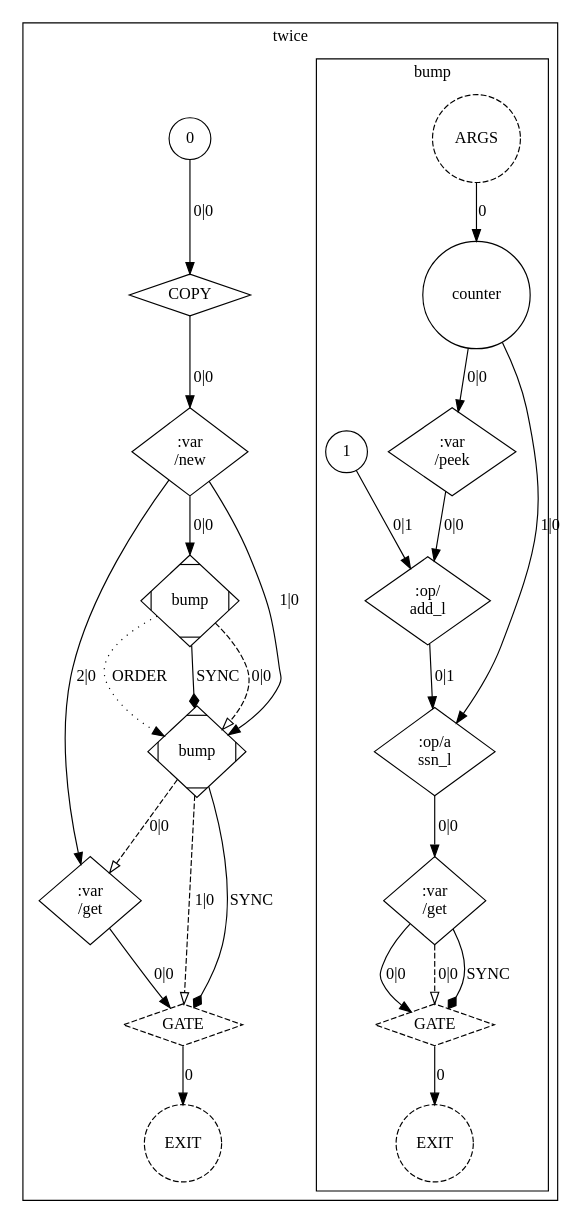
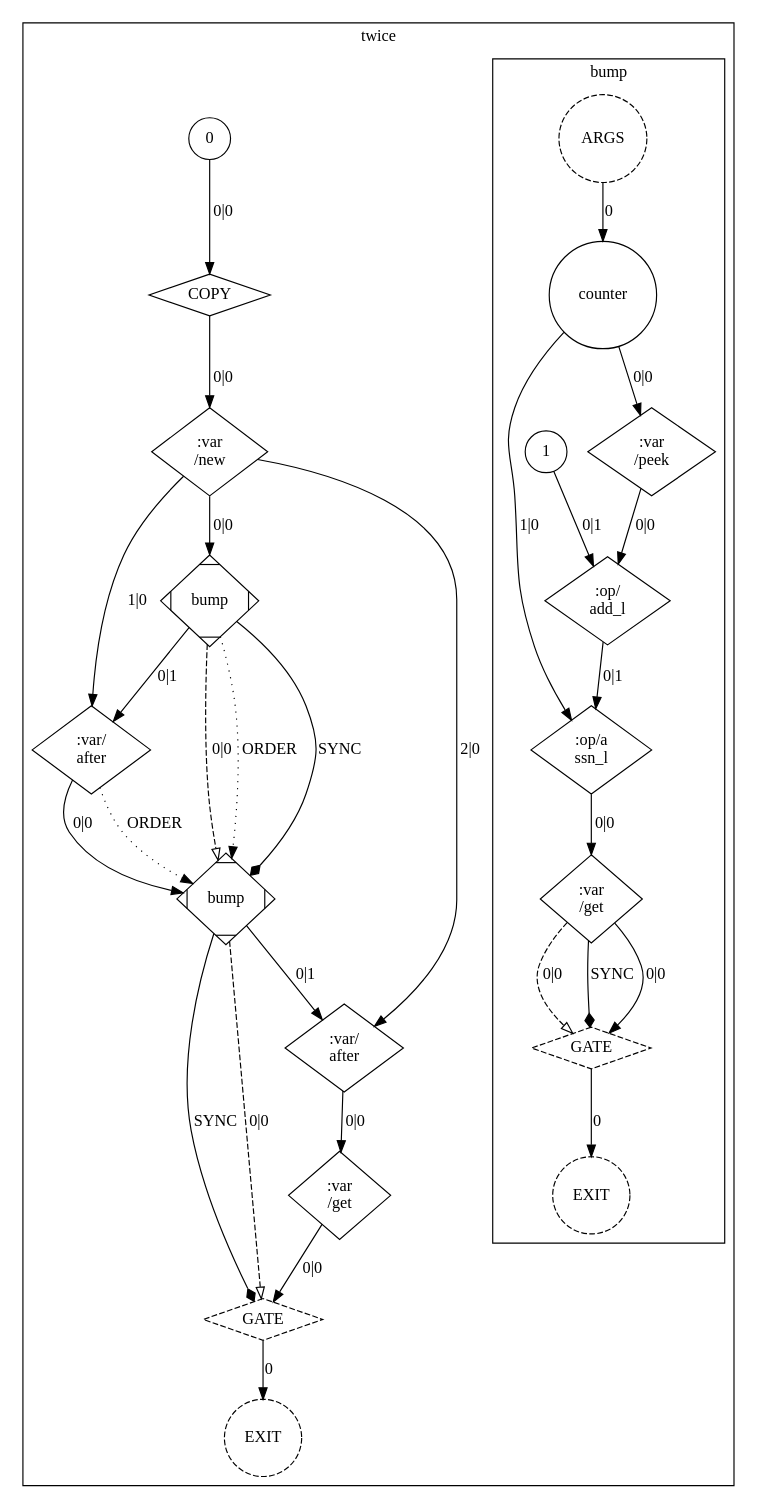
Before and after one commit to OpenCML/Camel: the diagram in docs/tutorial/images/10_var_order.dot, drawn with Graphviz. The commit also changed 1 other file, not shown here.

Commit message:
docs: regenerate the AI reference and draw the variable-order picture again

```diff
--- a/docs/tutorial/images/10_var_order.dot
+++ b/docs/tutorial/images/10_var_order.dot
@@ -1,51 +1,57 @@
 digraph GraphIR {
         subgraph cluster_F02 {
             label="twice";
             tooltip="() => int pure";
             subgraph cluster_F03 {
                 label="bump";
                 tooltip="(var counter: int) => int uses counter";
                 F03 [label="ARGS", type="ARGS", style=dashed, shape=circle];
                 O03 [label="EXIT", type="EXIT", style=dashed, shape=circle];
                 N00 [label="counter", type="PORT", param_name="counter", param_kind="normal", param_index="0", value_type="var int", shape=circle, style=solid, tooltip="counter"];
                 N01 [label="1", type="DATA", shape=circle, style=solid, value_type="int", tooltip="1"];
                 N02 [label=":op/\nadd_l", type="OPER", shape=diamond, style=solid, value_type="int", tooltip=":op/add_l"];
                 N03 [label=":var\n/peek", type="OPER", shape=diamond, style=solid, value_type="int", tooltip=":var/peek"];
                 N04 [label=":op/a\nssn_l", type="OPER", shape=diamond, style=solid, value_type="var int", tooltip=":op/assn_l"];
                 N05 [label=":var\n/get", type="OPER", shape=diamond, style=solid, value_type="int", tooltip=":var/get"];
                 N06 [label="GATE", type="GATE", shape=diamond, style=dashed, value_type="int", tooltip="GATE"];
                 F03 -> N00 [label="0", type="NORM_PORT", style=solid];
                 N06 -> O03 [label="0", type="EXIT", style=solid];
                 N03 -> N02 [label="0|0", type="NORM"];
                 N01 -> N02 [label="0|1", type="NORM"];
                 N00 -> N03 [label="0|0", type="NORM"];
                 N00 -> N04 [label="1|0", type="NORM"];
                 N02 -> N04 [label="0|1", type="NORM"];
                 N04 -> N05 [label="0|0", type="NORM"];
                 N05 -> N06 [label="0|0", type="NORM"];
                 N05 -> N06 [label="0|0", type="CTRL", style=dashed, arrowhead=empty];
                 N05 -> N06 [label="SYNC", type="SYNC", style=solid, arrowhead=diamond];
             }
             O02 [label="EXIT", type="EXIT", style=dashed, shape=circle];
             N07 [label="0", type="DATA", shape=circle, style=solid, value_type="int", tooltip="0"];
             N08 [label="COPY", type="COPY", shape=diamond, style=solid, value_type="int", tooltip="COPY"];
             N09 [label=":var\n/new", type="OPER", shape=diamond, style=solid, value_type="var int", tooltip=":var/new"];
             N0A [label="bump", type="FUNC", shape=Mdiamond, style=solid, width=1.1, height=1.1, value_type="int", tooltip="bump"];
             N0B [label="bump", type="FUNC", shape=Mdiamond, style=solid, width=1.1, height=1.1, value_type="int", tooltip="bump"];
-            N0C [label=":var\n/get", type="OPER", shape=diamond, style=solid, value_type="int", tooltip=":var/get"];
-            N0D [label="GATE", type="GATE", shape=diamond, style=dashed, value_type="int", tooltip="GATE"];
-            N0D -> O02 [label="0", type="EXIT", style=solid];
+            N0C [label=":var/\nafter", type="OPER", shape=diamond, style=solid, value_type="var int", tooltip=":var/after"];
+            N0D [label=":var/\nafter", type="OPER", shape=diamond, style=solid, value_type="var int", tooltip=":var/after"];
+            N0E [label=":var\n/get", type="OPER", shape=diamond, style=solid, value_type="int", tooltip=":var/get"];
+            N0F [label="GATE", type="GATE", shape=diamond, style=dashed, value_type="int", tooltip="GATE"];
+            N0F -> O02 [label="0", type="EXIT", style=solid];
             N07 -> N08 [label="0|0", type="NORM"];
             N08 -> N09 [label="0|0", type="NORM"];
             N09 -> N0A [label="0|0", type="NORM"];
-            N09 -> N0B [label="1|0", type="NORM"];
+            N0C -> N0B [label="0|0", type="NORM"];
             N0A -> N0B [label="0|0", type="CTRL", style=dashed, arrowhead=empty];
             N0A -> N0B [label="ORDER", type="ORDER", style=dotted];
+            N0C -> N0B [label="ORDER", type="ORDER", style=dotted];
             N0A -> N0B [label="SYNC", type="SYNC", style=solid, arrowhead=diamond];
-            N09 -> N0C [label="2|0", type="NORM"];
-            N0B -> N0C [label="0|0", type="CTRL", style=dashed, arrowhead=empty];
-            N0C -> N0D [label="0|0", type="NORM"];
-            N0B -> N0D [label="1|0", type="CTRL", style=dashed, arrowhead=empty];
-            N0B -> N0D [label="SYNC", type="SYNC", style=solid, arrowhead=diamond];
+            N09 -> N0C [label="1|0", type="NORM"];
+            N0A -> N0C [label="0|1", type="NORM"];
+            N09 -> N0D [label="2|0", type="NORM"];
+            N0B -> N0D [label="0|1", type="NORM"];
+            N0D -> N0E [label="0|0", type="NORM"];
+            N0E -> N0F [label="0|0", type="NORM"];
+            N0B -> N0F [label="0|0", type="CTRL", style=dashed, arrowhead=empty];
+            N0B -> N0F [label="SYNC", type="SYNC", style=solid, arrowhead=diamond];
         }
 }
```
